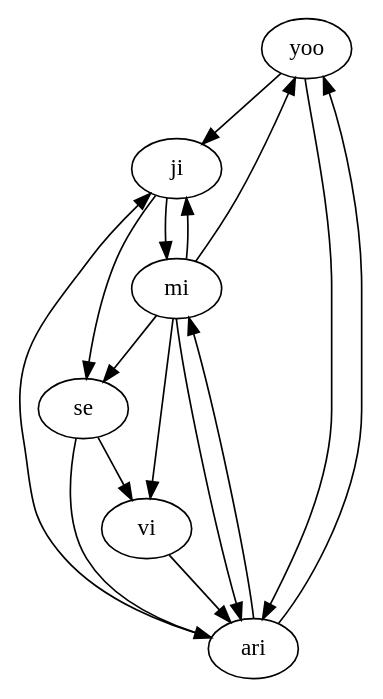
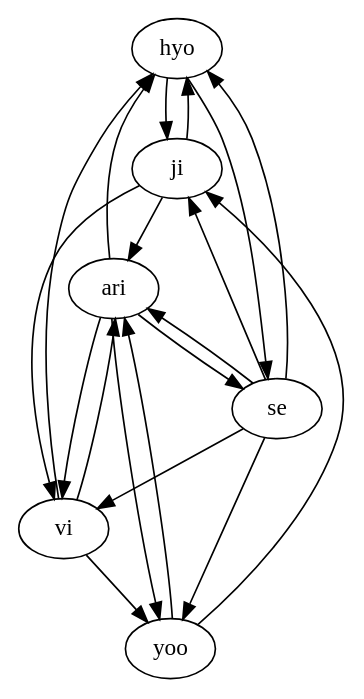
One commit to hannimpeha/WS changed the diagram in src/main/java/resource/awesome.dot. Above: the diagram before and after it, drawn with Graphviz. The commit also changed 5 other files, not shown here.

```diff
--- a/src/main/java/resource/awesome.dot
+++ b/src/main/java/resource/awesome.dot
@@ -1,17 +1,21 @@
 digraph {
+hyo->ji;
+ji->hyo;
+vi->hyo;
+hyo->se;
+se->hyo;
+ari->hyo;
 yoo->ji;
-ji->mi;
-mi->ji;
-ji->se;
-ari->ji;
-mi->yoo;
+ji->vi;
+se->ji;
+ji->ari;
+vi->yoo;
+se->yoo;
 yoo->ari;
 ari->yoo;
-mi->vi;
-mi->se;
-mi->ari;
-ari->mi;
 se->vi;
 vi->ari;
+ari->vi;
 se->ari;
+ari->se;
 }
```
